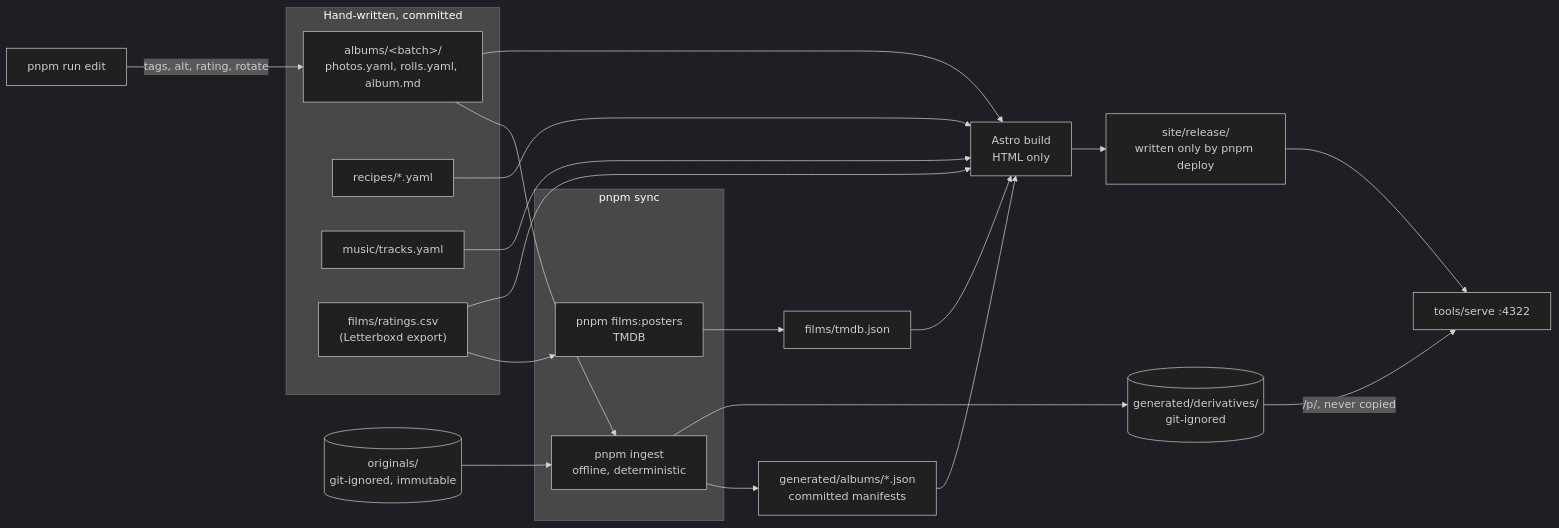
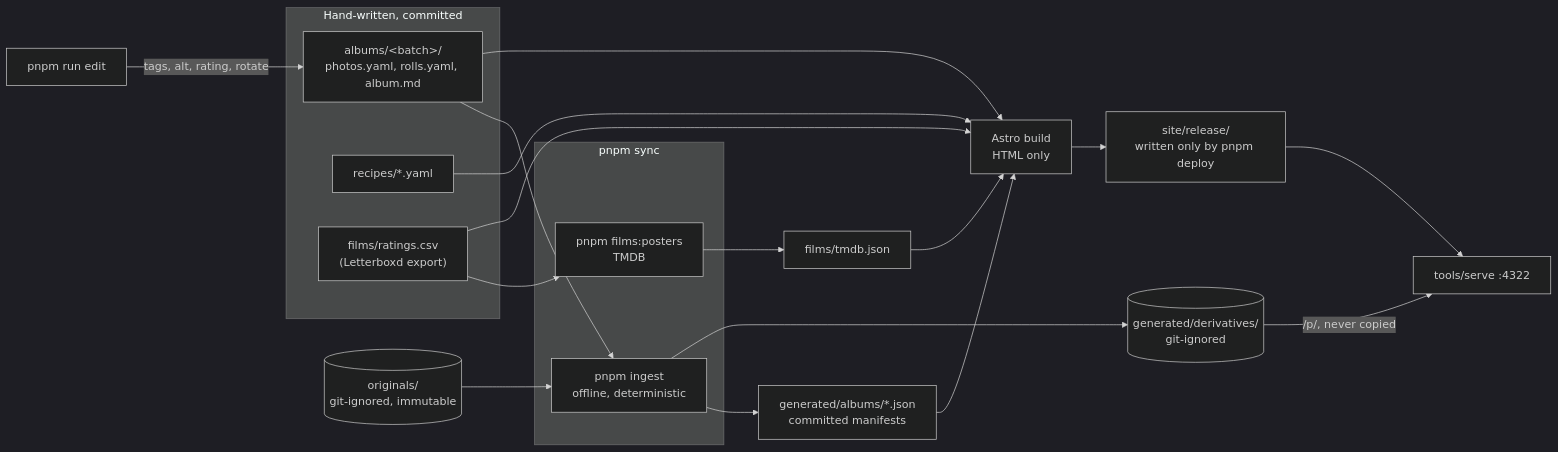
Before and after one commit to randy8/randysphere: the second of 2 diagrams in docs/architecture.md, drawn with Mermaid (dark theme). The commit also changed 19 other files, not shown here.

````diff
--- a/docs/architecture.md
+++ b/docs/architecture.md
@@ -66,41 +66,39 @@
 ```mermaid
 flowchart LR
   subgraph handwritten["Hand-written, committed"]
     albums["albums/&lt;batch&gt;/<br/>photos.yaml, rolls.yaml, album.md"]
     recipes["recipes/*.yaml"]
-    music["music/tracks.yaml"]
     ratings["films/ratings.csv<br/>(Letterboxd export)"]
   end
 
   originals[("originals/<br/>git-ignored, immutable")]
   editorTool["pnpm run edit"]
 
   subgraph sync["pnpm sync"]
     ingest["pnpm ingest<br/>offline, deterministic"]
     posters["pnpm films:posters<br/>TMDB"]
   end
 
   manifests["generated/albums/*.json<br/>committed manifests"]
   derivs[("generated/derivatives/<br/>git-ignored")]
   tmdb["films/tmdb.json"]
 
   build["Astro build<br/>HTML only"]
   release["site/release/<br/>written only by pnpm deploy"]
   serve["tools/serve :4322"]
 
   originals --> ingest
   albums --> ingest
   ingest --> manifests
   ingest --> derivs
   editorTool -->|"tags, alt, rating, rotate"| albums
   ratings --> posters --> tmdb
 
   manifests --> build
   albums --> build
   recipes --> build
-  music --> build
   ratings --> build
   tmdb --> build
   build --> release --> serve
   derivs -->|"/p/, never copied"| serve
 ```
````
